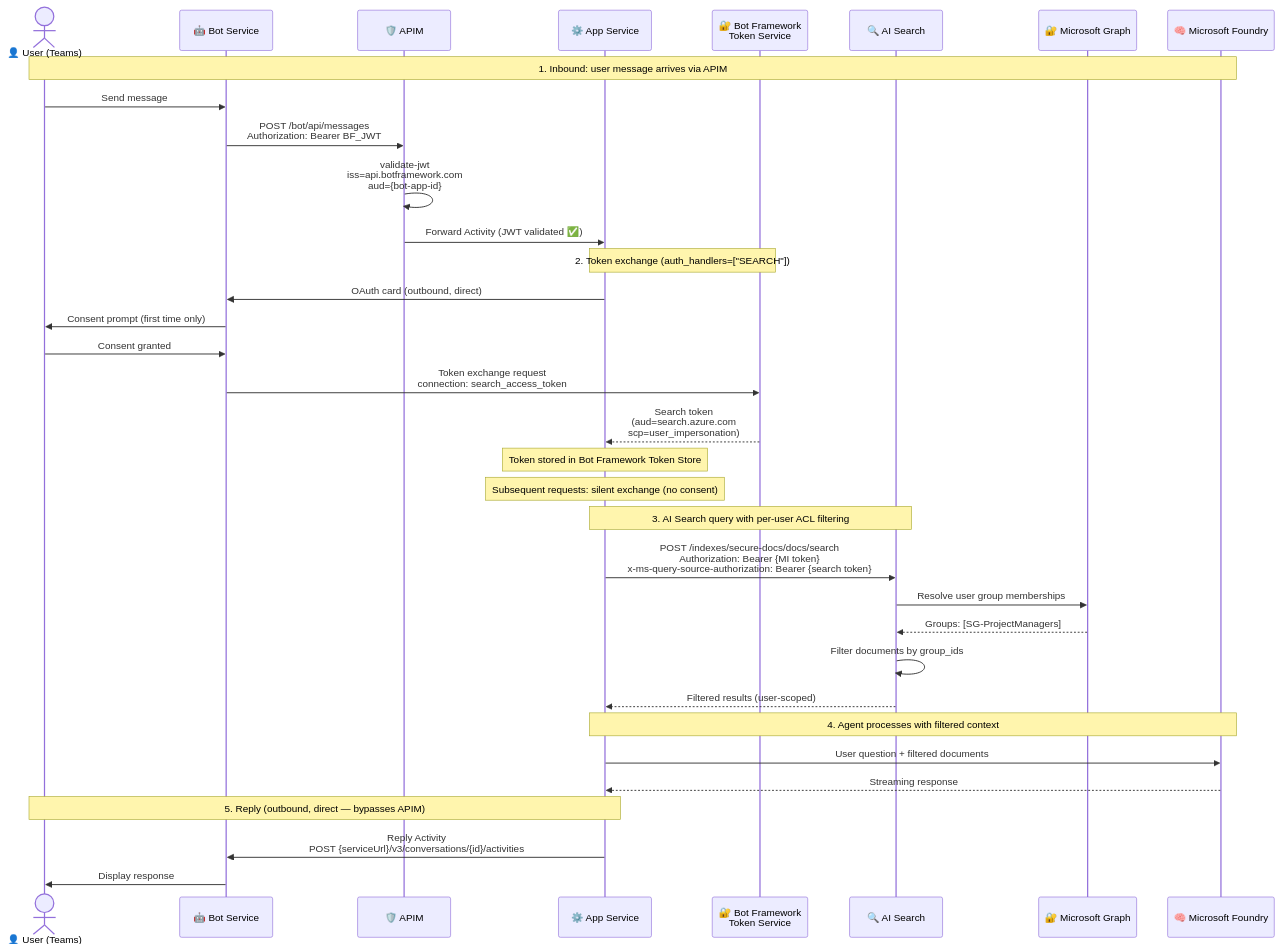
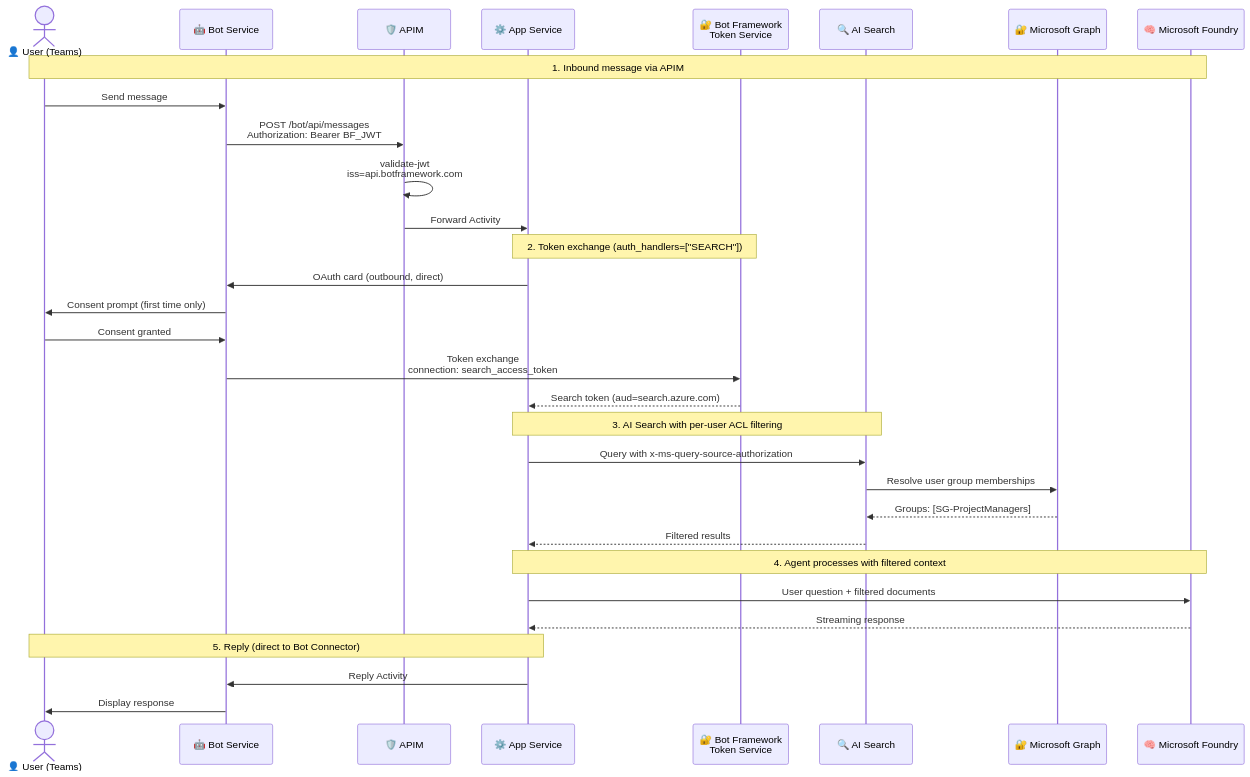
Before and after one commit to Azure-Samples/bring-your-own-agent-to-m365-accelerator: the second of 3 diagrams in docs/architecture.md, drawn with Mermaid. The commit also changed other lines of this file and 6 other files, not shown here.

````diff
--- a/docs/architecture.md
+++ b/docs/architecture.md
@@ -110,47 +98,43 @@
 ```mermaid
 sequenceDiagram
     actor User as 👤 User (Teams)
     participant Bot as 🤖 Bot Service
     participant APIM as 🛡️ APIM
     participant App as ⚙️ App Service
     participant TokenSvc as 🔐 Bot Framework<br/>Token Service
     participant Search as 🔍 AI Search
     participant Graph as 🔐 Microsoft Graph
     participant LLM as 🧠 Microsoft Foundry
 
-    Note over User,LLM: 1. Inbound: user message arrives via APIM
+    Note over User,LLM: 1. Inbound message via APIM
 
     User->>Bot: Send message
     Bot->>APIM: POST /bot/api/messages<br/>Authorization: Bearer BF_JWT
-    APIM->>APIM: validate-jwt<br/>iss=api.botframework.com<br/>aud={bot-app-id}
-    APIM->>App: Forward Activity (JWT validated ✅)
+    APIM->>APIM: validate-jwt<br/>iss=api.botframework.com
+    APIM->>App: Forward Activity
 
     Note over App,TokenSvc: 2. Token exchange (auth_handlers=["SEARCH"])
 
     App->>Bot: OAuth card (outbound, direct)
     Bot->>User: Consent prompt (first time only)
     User->>Bot: Consent granted
-    Bot->>TokenSvc: Token exchange request<br/>connection: search_access_token
-    TokenSvc-->>App: Search token<br/>(aud=search.azure.com<br/>scp=user_impersonation)
+    Bot->>TokenSvc: Token exchange<br/>connection: search_access_token
+    TokenSvc-->>App: Search token (aud=search.azure.com)
 
-    Note over App: Token stored in Bot Framework Token Store
-    Note over App: Subsequent requests: silent exchange (no consent)
+    Note over App,Search: 3. AI Search with per-user ACL filtering
 
-    Note over App,Search: 3. AI Search query with per-user ACL filtering
-
-    App->>Search: POST /indexes/secure-docs/docs/search<br/>Authorization: Bearer {MI token}<br/>x-ms-query-source-authorization: Bearer {search token}
+    App->>Search: Query with x-ms-query-source-authorization
     Search->>Graph: Resolve user group memberships
     Graph-->>Search: Groups: [SG-ProjectManagers]
-    Search->>Search: Filter documents by group_ids
-    Search-->>App: Filtered results (user-scoped)
+    Search-->>App: Filtered results
 
     Note over App,LLM: 4. Agent processes with filtered context
 
     App->>LLM: User question + filtered documents
     LLM-->>App: Streaming response
 
-    Note over App,User: 5. Reply (outbound, direct — bypasses APIM)
+    Note over App,User: 5. Reply (direct to Bot Connector)
 
-    App->>Bot: Reply Activity<br/>POST {serviceUrl}/v3/conversations/{id}/activities
+    App->>Bot: Reply Activity
     Bot->>User: Display response
 ```
````
